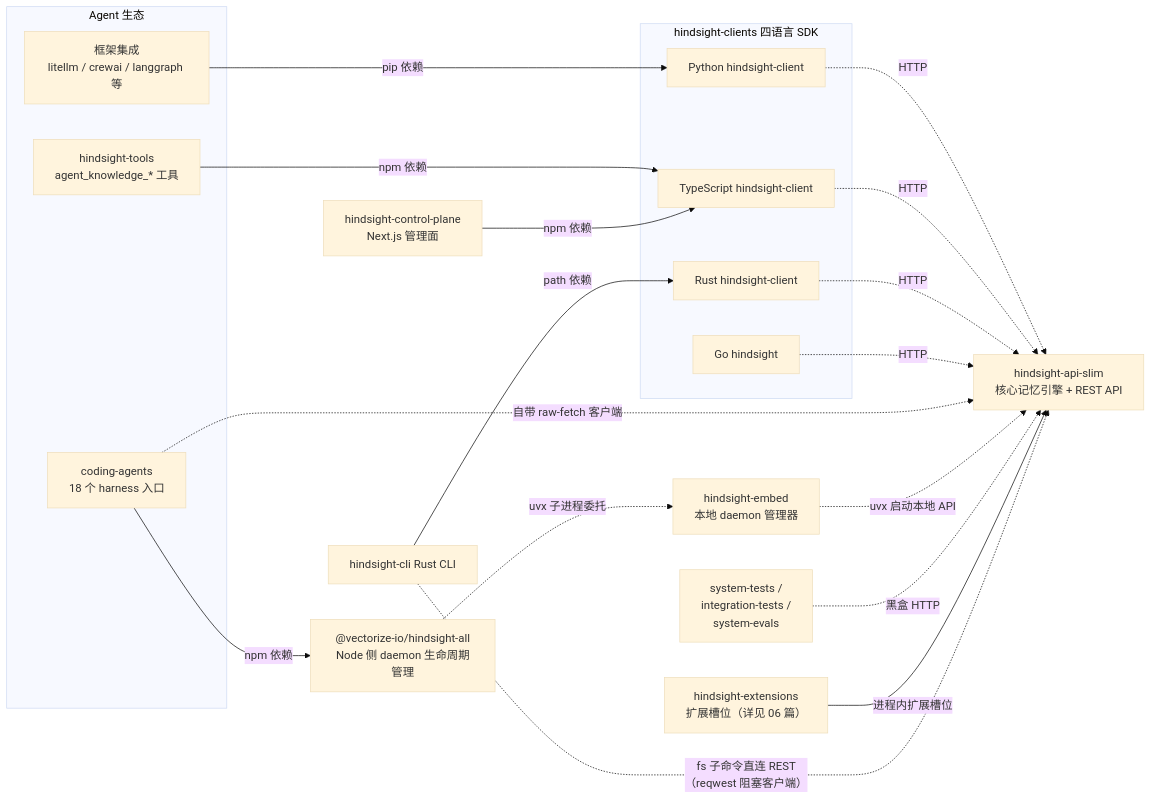
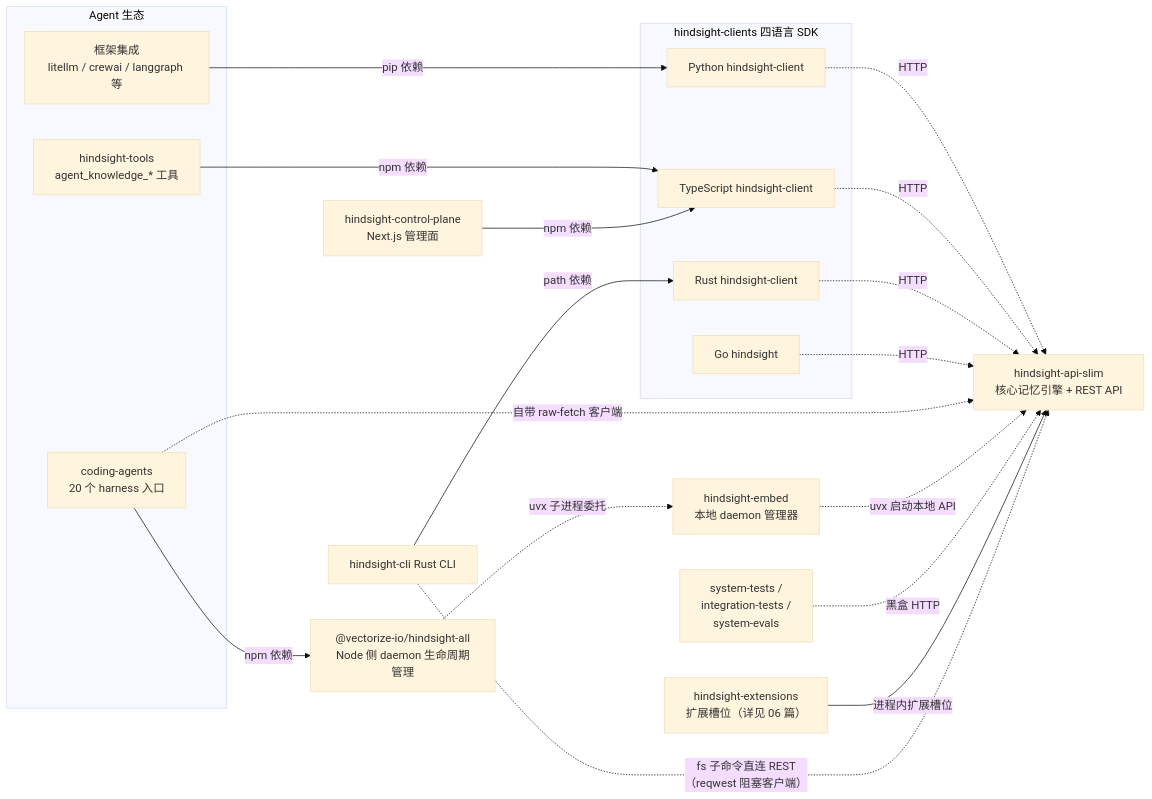
The first of 4 diagrams in docs/hindsight/source-study/07-外围生态.md (stefanv5/memory-platform-architecture), drawn with Mermaid (base theme) before and after one commit. The commit also changed other lines of this file and 7 other files, not shown here.

````diff
--- a/docs/hindsight/source-study/07-外围生态.md
+++ b/docs/hindsight/source-study/07-外围生态.md
@@ -13,40 +15,40 @@
 ```mermaid
 flowchart LR
     CORE["hindsight-api-slim<br/>核心记忆引擎 + REST API"]
 
     subgraph CLIENTS["hindsight-clients 四语言 SDK"]
         SDKPY["Python hindsight-client"]
         SDKTS["TypeScript hindsight-client"]
         SDKRS["Rust hindsight-client"]
         SDKGO["Go hindsight"]
     end
 
     subgraph AGENTS["Agent 生态"]
-        CODING["coding-agents<br/>18 个 harness 入口"]
+        CODING["coding-agents<br/>20 个 harness 入口"]
         TOOLSDK["hindsight-tools<br/>agent_knowledge_* 工具"]
         FRAMEWORKS["框架集成<br/>litellm / crewai / langgraph 等"]
     end
 
     CLI["hindsight-cli Rust CLI"]
     CP["hindsight-control-plane<br/>Next.js 管理面"]
     EMBED["hindsight-embed<br/>本地 daemon 管理器"]
     EXT["hindsight-extensions<br/>扩展槽位（详见 06 篇）"]
     TESTS["system-tests /<br/>integration-tests /<br/>system-evals"]
 
     SDKPY -.->|"HTTP"| CORE
     SDKTS -.->|"HTTP"| CORE
     SDKRS -.->|"HTTP"| CORE
     SDKGO -.->|"HTTP"| CORE
     CLI -->|"path 依赖"| SDKRS
     HALL["@vectorize-io/hindsight-all<br/>Node 侧 daemon 生命周期管理"]
     CODING -->|"npm 依赖"| HALL
     HALL -.->|"uvx 子进程委托"| EMBED
     CODING -.->|"自带 raw-fetch 客户端"| CORE
     TOOLSDK -->|"npm 依赖"| SDKTS
     CP -->|"npm 依赖"| SDKTS
     FRAMEWORKS -->|"pip 依赖"| SDKPY
     EMBED -.->|"uvx 启动本地 API"| CORE
     TESTS -.->|"黑盒 HTTP"| CORE
     EXT -->|"进程内扩展槽位"| CORE
     CLI -.->|"fs 子命令直连 REST<br/>（reqwest 阻塞客户端）"| CORE
 ```
````
